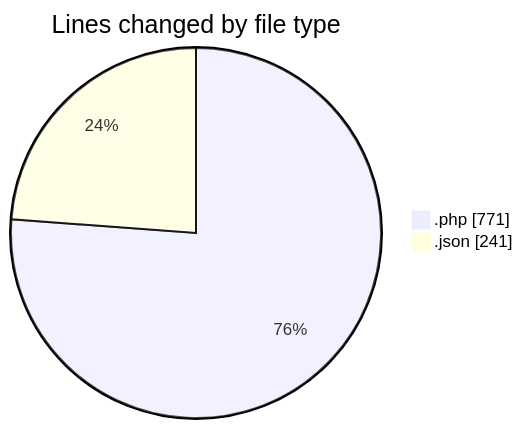
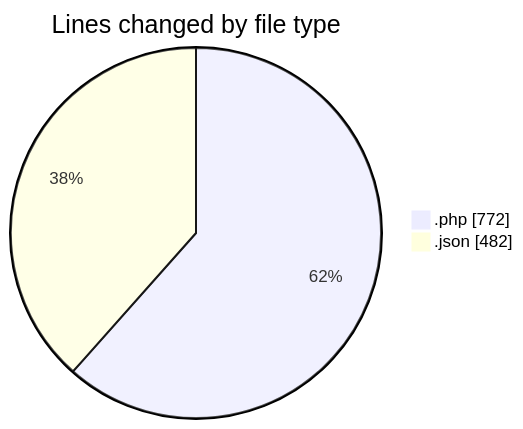
The first of 2 diagrams in 2025-03-30/autodidak/README.md (idhammustaqopulfikri/code-tracking), drawn with Mermaid before and after one commit. The commit also changed other lines of this file and 1 other file, not shown here.

````diff
--- a/2025-03-30/autodidak/README.md
+++ b/2025-03-30/autodidak/README.md
@@ -28,6 +28,6 @@
 ```mermaid
 pie showData
 title Lines changed by file type
-".php" : 771
-".json" : 241
+".php" : 772
+".json" : 482
 ```
````
